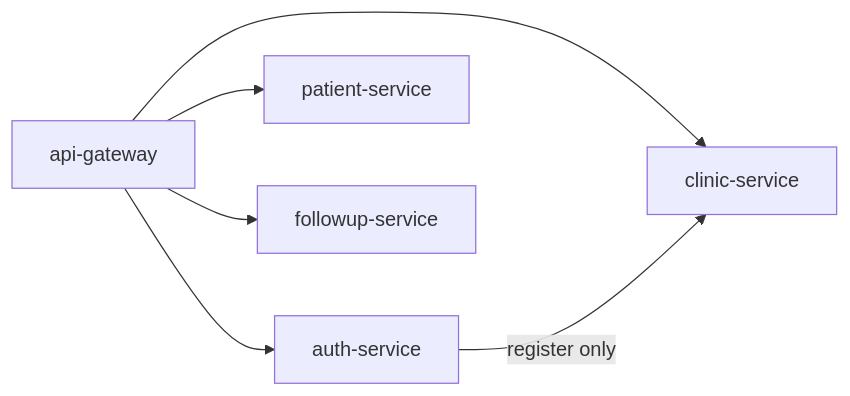
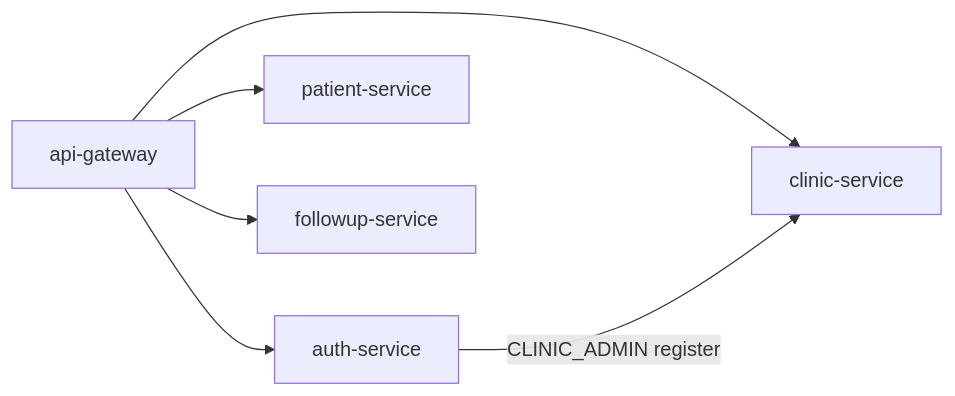
The diagram in docs/architecture/service-ownership.md (careflowhq/careflow-platform), drawn with Mermaid before and after one commit. The commit also changed other lines of this file and 8 other files, not shown here.

````diff
--- a/docs/architecture/service-ownership.md
+++ b/docs/architecture/service-ownership.md
@@ -45,14 +56,14 @@
 ```mermaid
 flowchart LR
     GW[api-gateway]
     AUTH[auth-service]
     CLINIC[clinic-service]
     PATIENT[patient-service]
     FOLLOWUP[followup-service]
 
     GW --> AUTH
     GW --> CLINIC
     GW --> PATIENT
     GW --> FOLLOWUP
-    AUTH -->|register only| CLINIC
+    AUTH -->|CLINIC_ADMIN register| CLINIC
 ```
````
